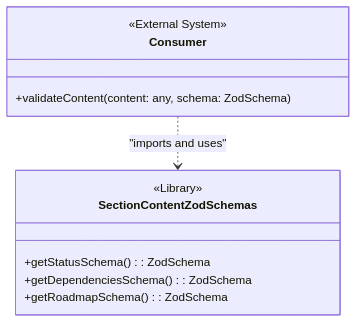
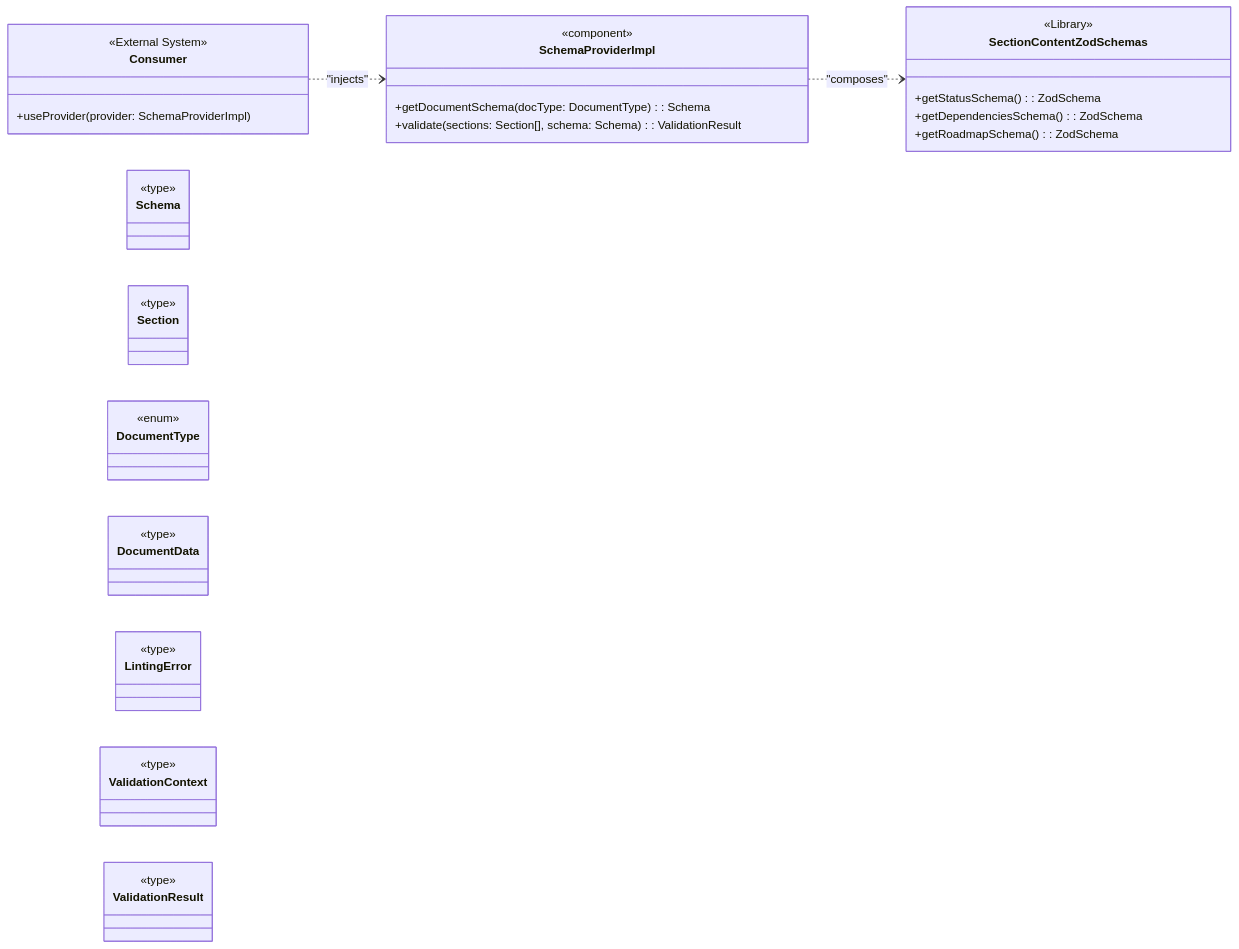
One commit to livelifelively/documentation-driven-development-tools changed the third of 5 diagrams in docs/requirements/p1.p6-doc-content-validator.plan.md. Above: the diagram before and after it, drawn with Mermaid. The commit also changed other lines of this file and 9 other files, not shown here.

````diff
--- a/docs/requirements/p1.p6-doc-content-validator.plan.md
+++ b/docs/requirements/p1.p6-doc-content-validator.plan.md
@@ -132,16 +144,33 @@
 ```mermaid
 classDiagram
+    direction LR
+
     class SectionContentZodSchemas {
         <<Library>>
         +getStatusSchema(): ZodSchema
         +getDependenciesSchema(): ZodSchema
         +getRoadmapSchema(): ZodSchema
     }
 
+    class SchemaProviderImpl {
+        <<component>>
+        +getDocumentSchema(docType: DocumentType): Schema
+        +validate(sections: Section[], schema: Schema): ValidationResult<DocumentData, LintingError, ValidationContext>
+    }
+
     class Consumer {
         <<External System>>
-        +validateContent(content: any, schema: ZodSchema)
+        +useProvider(provider: SchemaProviderImpl)
     }
 
-    Consumer ..> SectionContentZodSchemas : "imports and uses"
+    class Schema { <<type>> }
+    class Section { <<type>> }
+    class DocumentType { <<enum>> }
+    class DocumentData { <<type>> }
+    class LintingError { <<type>> }
+    class ValidationContext { <<type>> }
+    class ValidationResult { <<type>> }
+
+    Consumer ..> SchemaProviderImpl : "injects"
+    SchemaProviderImpl ..> SectionContentZodSchemas : "composes"
 ```
````
